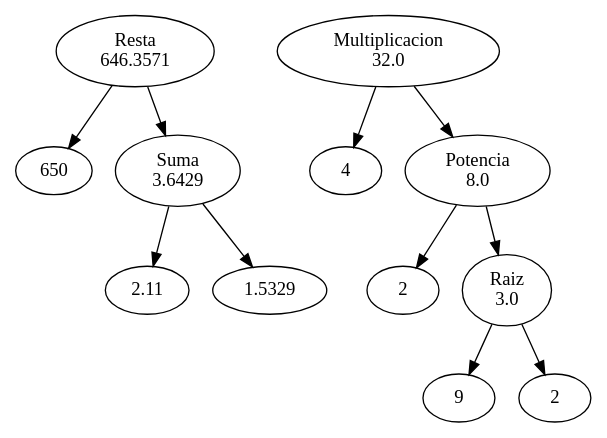
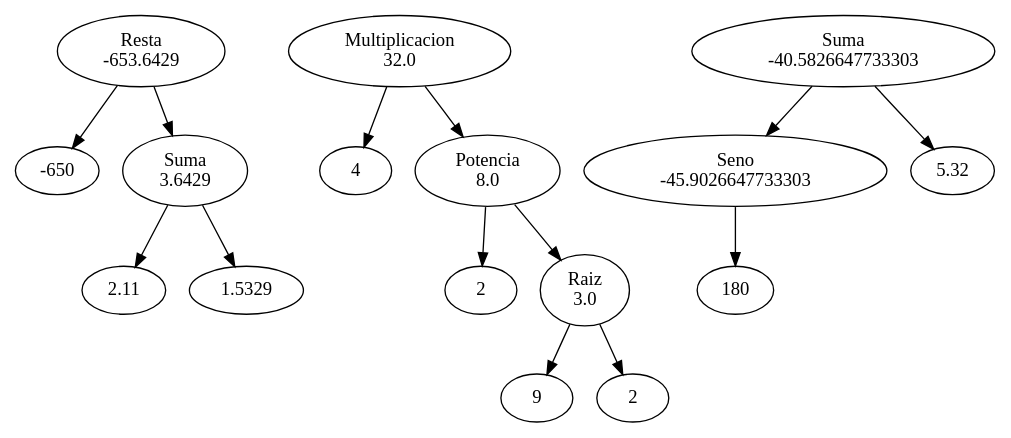
One commit to KINGR0X/-LFP-Proyecto1_202044192 changed the diagram in Grafica.dot. Above: the diagram before and after it, drawn with Graphviz. The commit also changed 5 other files, not shown here.

```diff
--- a/Grafica.dot
+++ b/Grafica.dot
@@ -1,24 +1,31 @@
 digraph grafo{
-nodo_0_0[label="Resta\n646.3571"];
-nodo_0_1_left[label="650"];
+nodo_0_0[label="Resta\n-653.6429"];
+nodo_0_1_left[label="-650"];
 nodo_0_0 -> nodo_0_1_left;
 nodo_0_1_right[label="Suma\n3.6429"];
 nodo_0_2_right_left[label="2.11"];
 nodo_0_1_right -> nodo_0_2_right_left;
 nodo_0_2_right_right[label="1.5329"];
 nodo_0_1_right -> nodo_0_2_right_right;
 nodo_0_0 -> nodo_0_1_right;
 nodo_1_0[label="Multiplicacion\n32.0"];
 nodo_1_1_left[label="4"];
 nodo_1_0 -> nodo_1_1_left;
 nodo_1_1_right[label="Potencia\n8.0"];
 nodo_1_2_right_left[label="2"];
 nodo_1_1_right -> nodo_1_2_right_left;
 nodo_1_2_right_right[label="Raiz\n3.0"];
 nodo_1_3_right_right_left[label="9"];
 nodo_1_2_right_right -> nodo_1_3_right_right_left;
 nodo_1_3_right_right_right[label="2"];
 nodo_1_2_right_right -> nodo_1_3_right_right_right;
 nodo_1_1_right -> nodo_1_2_right_right;
 nodo_1_0 -> nodo_1_1_right;
+nodo_2_0[label="Suma\n-40.5826647733303"];
+nodo_2_1_left[label="Seno\n-45.9026647733303"];
+nodo_2_2_left_angulo[label="180"];
+nodo_2_1_left -> nodo_2_2_left_angulo;
+nodo_2_0 -> nodo_2_1_left;
+nodo_2_1_right[label="5.32"];
+nodo_2_0 -> nodo_2_1_right;
 }
```
